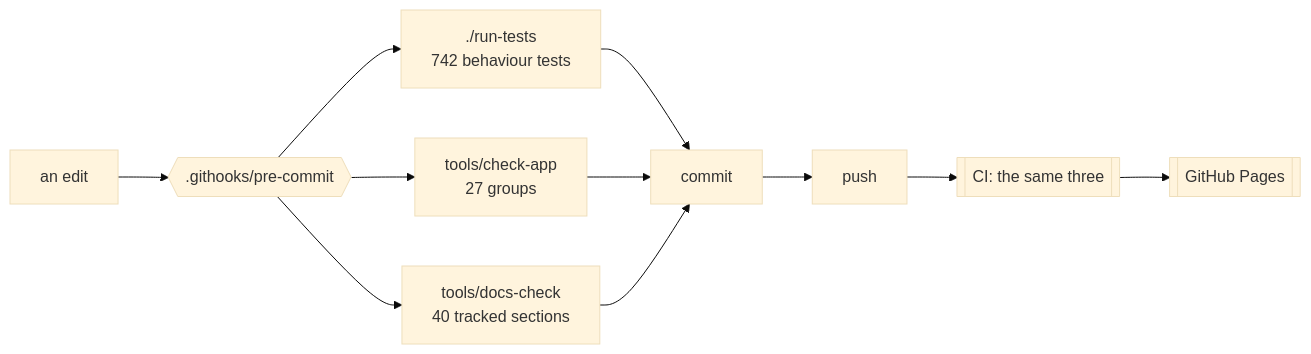
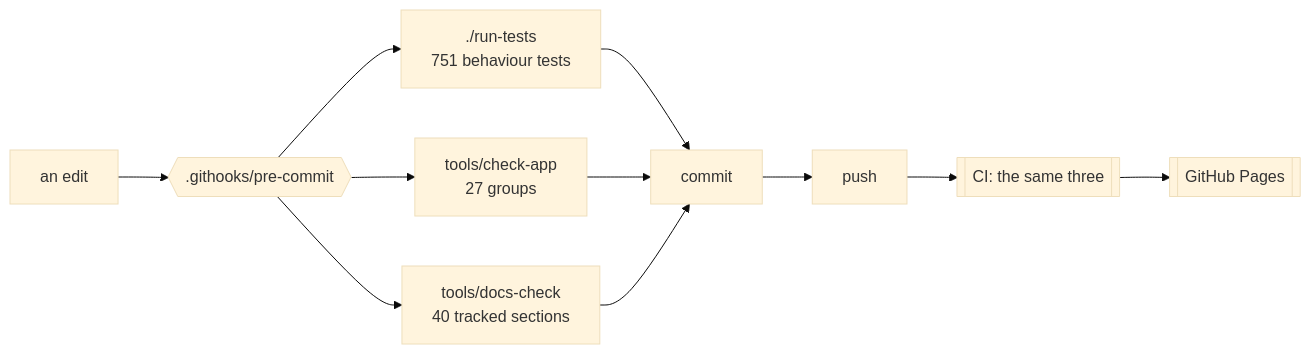
The first of 2 diagrams in docs/DEVELOPING.md (minormending/crystal-pilot-mobile), drawn with Mermaid (base theme) before and after one commit. The commit also changed other lines of this file and 1 other file, not shown here.

````diff
--- a/docs/DEVELOPING.md
+++ b/docs/DEVELOPING.md
@@ -15,12 +15,12 @@
 ```mermaid
 flowchart LR
     E[an edit] --> H{{".githooks/pre-commit"}}
-    H --> T["./run-tests<br/>742 behaviour tests"]
+    H --> T["./run-tests<br/>751 behaviour tests"]
     H --> C["tools/check-app<br/>27 groups"]
     H --> D["tools/docs-check<br/>40 tracked sections"]
     T --> OK[commit]
     C --> OK
     D --> OK
     OK --> P[push] --> CI[["CI: the same three"]]
     CI --> PG[[GitHub Pages]]
 ```
````
